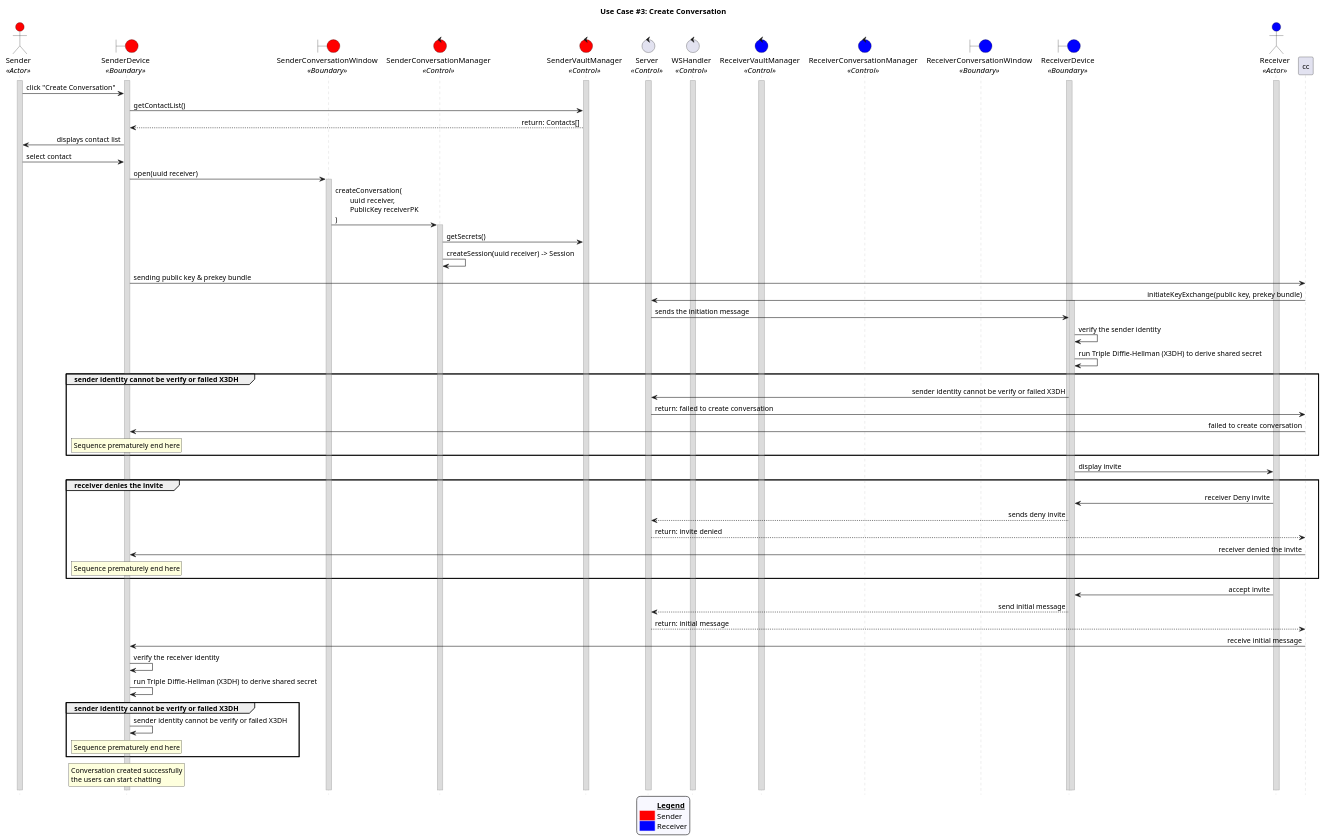
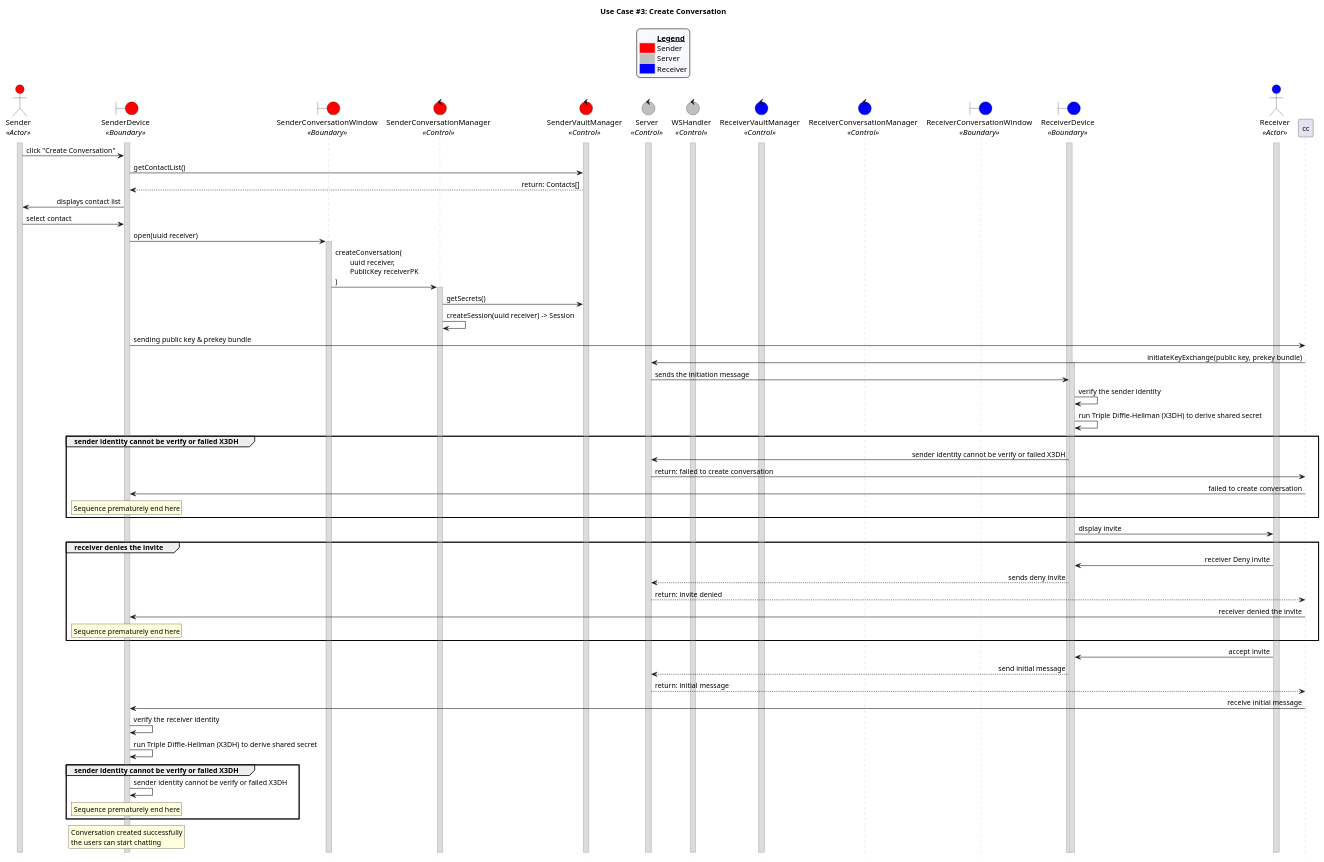
The diagram in uc_03.puml (CECS-491-SP24-Group-1/seq-diagrams), drawn with PlantUML before and after one commit. The commit also changed 3 other files, not shown here.

```diff
--- a/uc_03.puml
+++ b/uc_03.puml
@@ -1,126 +1,127 @@
 @startuml uc03
 title "Use Case #3: Create Conversation"
 
 'Styling goes here
 hide footbox
 skinparam stereotypePosition bottom
 skinparam sequenceMessageAlign direction
 skinparam sequence {
 	LifeLineBorderColor #Silver
 	LifeLineBackgroundColor #Gainsboro
 }
 
 'Add a legend plus styling
 skinparam legend {
 	backgroundColor #GhostWhite
 	entrySeparator #GhostWhite
 }
 
-legend bottom
+legend top
 	<#GhostWhite,#GhostWhite>|	|= __Legend__ |
 	|<#red> | Sender|
+	|<#silver> | Server|
 	|<#blue> | Receiver|
 endlegend
 
 'Setup the objects involved here
 actor Sender as s <<Actor>> #red
 boundary SenderDevice as sd <<Boundary>> #red
 boundary SenderConversationWindow as scw <<Boundary>> #red
 control SenderConversationManager as scm <<Control>> #red
 control SenderVaultManager as svm <<Control>> #red
-control Server as srv <<Control>>
-control WSHandler as ws <<Control>>
+control Server as srv <<Control>> #silver
+control WSHandler as ws <<Control>> #silver
 control ReceiverVaultManager as rvm <<Control>> #blue
 control ReceiverConversationManager as rcm <<Control>> #blue
 boundary ReceiverConversationWindow as rcw <<Boundary>> #blue
 boundary ReceiverDevice as rd <<Boundary>> #blue
 actor Receiver as r <<Actor>> #blue
 
 'Setup persistent objects here
 activate s
 activate sd
 activate svm
 activate srv
 activate ws
 activate rvm
 activate rd
 activate r
 
 '--- FLOW OF CONTROL STARTS HERE ---
 'Sender press creates conversation and select the user from the contact list. The sender's vault manager gets the user's details.
 s -> sd: click "Create Conversation"
 sd -> svm: getContactList()
 svm --> sd: return: Contacts[]
 sd -> s: displays contact list
 s -> sd: select contact
 
 'Sender's device creates a new conversation handler and window and performs the first steps of the cryptographic key exchange operation.
 sd -> scw: open(uuid receiver)
 activate scw
 scw -> scm: createConversation(\n\tuuid receiver, \n\tPublicKey receiverPK\n)
 activate scm
 scm -> svm: getSecrets()
 scm -> scm: createSession(uuid receiver) -> Session
 
 
 '---------------------------------------------------
 
 ' Sender device sends the public key and prekey bundle to the server
 sd -> cc: sending public key & prekey bundle
 cc -> srv: initiateKeyExchange(public key, prekey bundle)
 
 ' Server sends the initiation message to the receiver device and receiver device verifies the sender identity
 activate rd
 srv -> rd: sends the initiation message
 rd -> rd: verify the sender identity
 rd -> rd: run Triple Diffie-Hellman (X3DH) to derive shared secret
 
 ' Failed Case: Sender identity cannot be verify or failed X3DH
 group sender identity cannot be verify or failed X3DH
 	rd -> srv: sender identity cannot be verify or failed X3DH
 	srv -> cc: return: failed to create conversation
 	cc -> sd: failed to create conversation
 	rnote over sd
 	Sequence prematurely end here
 	end note
 end
 
 ' Default case: Sender identity verified and X3DH success
 rd -> r: display invite
 
 ' Failed Case: Receiver denies the invite
 group receiver denies the invite
 	r -> rd: receiver Deny invite
 	rd --> srv: sends deny invite
 	srv --> cc: return: invite denied
 	cc -> sd: receiver denied the invite
 	rnote over sd
 	Sequence prematurely end here
 	end note
 end
 
 ' Receiver accepts the invite
 r -> rd: accept invite
 rd --> srv: send initial message
 srv --> cc: return: initial message
 cc -> sd: receive initial message
 
 ' Sender device receives the initial message and verify the receiver identity
 sd -> sd: verify the receiver identity
 sd -> sd: run Triple Diffie-Hellman (X3DH) to derive shared secret
 
 ' Failed Case: Receiver identity cannot be verify or failed X3DH
 group sender identity cannot be verify or failed X3DH
 	sd -> sd: sender identity cannot be verify or failed X3DH
 	rnote over sd
 	Sequence prematurely end here
 	end note
 end
 
 rnote over sd
   Conversation created successfully
   the users can start chatting
 end note
 
 '--- FLOW OF CONTROL ENDS HERE   ---
 @enduml
```
